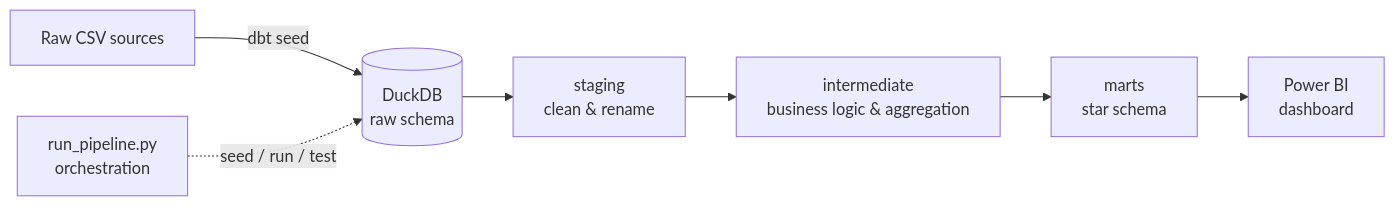
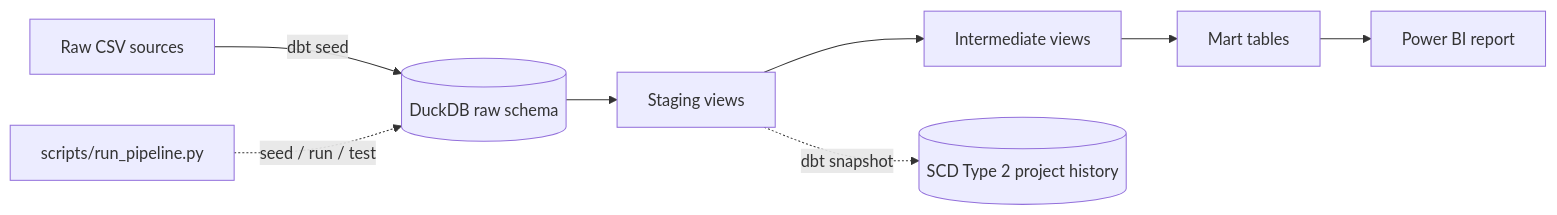
Before and after one commit to anne-d-wic/project-portfolio-analytics-dashboard: the diagram in README.md, drawn with Mermaid. The commit also changed other lines of this file and 1 other file, not shown here.

````diff
--- a/README.md
+++ b/README.md
@@ -64,9 +52,10 @@
 ```mermaid
 flowchart LR
-    A[Raw CSV sources] -->|dbt seed| B[(DuckDB<br/>raw schema)]
-    B --> C[staging<br/>clean & rename]
-    C --> D[intermediate<br/>business logic & aggregation]
-    D --> E[marts<br/>star schema]
-    E --> F[Power BI<br/>dashboard]
-    G[run_pipeline.py<br/>orchestration] -.seed / run / test.-> B
+    A[Raw CSV sources] -->|dbt seed| B[(DuckDB raw schema)]
+    B --> C[Staging views]
+    C --> D[Intermediate views]
+    D --> E[Mart tables]
+    E --> F[Power BI report]
+    C -.dbt snapshot.-> G[(SCD Type 2 project history)]
+    H[scripts/run_pipeline.py] -.seed / run / test.-> B
 ```
````
